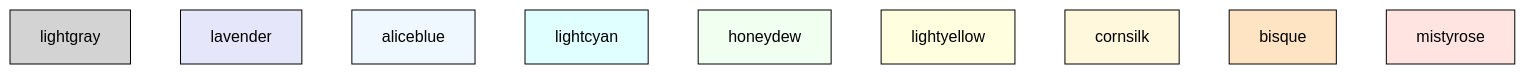
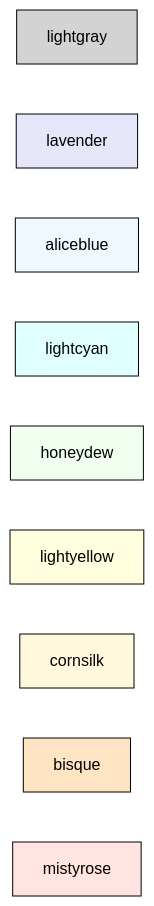
The first of 2 diagrams in files/fill-and-stroke-colors.md (Ee-Cs/Ee-Cs.github.io), drawn with Mermaid (forest theme) before and after one commit.

````diff
--- a/files/fill-and-stroke-colors.md
+++ b/files/fill-and-stroke-colors.md
@@ -3,22 +3,22 @@
 ```mermaid
-graph
+graph LR
     lightgray:::lightgray
     lavender:::lavender
     aliceblue:::aliceblue
     lightcyan:::lightcyan
     honeydew:::honeydew
     lightyellow:::lightyellow
     cornsilk:::cornsilk
     bisque:::bisque
     mistyrose:::mistyrose
 %% Styles
     classDef aliceblue fill:aliceblue,stroke:black,stroke-width:1px
     classDef bisque fill:bisque,stroke:black,stroke-width:1px
     classDef cornsilk fill:cornsilk,stroke:black,stroke-width:1px
     classDef honeydew fill:honeydew,stroke:black,stroke-width:1px
     classDef lavender fill:lavender,stroke:black,stroke-width:1px
     classDef lightcyan fill:lightcyan,stroke:black,stroke-width:1px
     classDef lightgray fill:lightgray,stroke:black,stroke-width:1px
     classDef lightyellow fill:lightyellow,stroke:black,stroke-width:1px
     classDef mistyrose fill:mistyrose,stroke:black,stroke-width:1px
 ```
````
